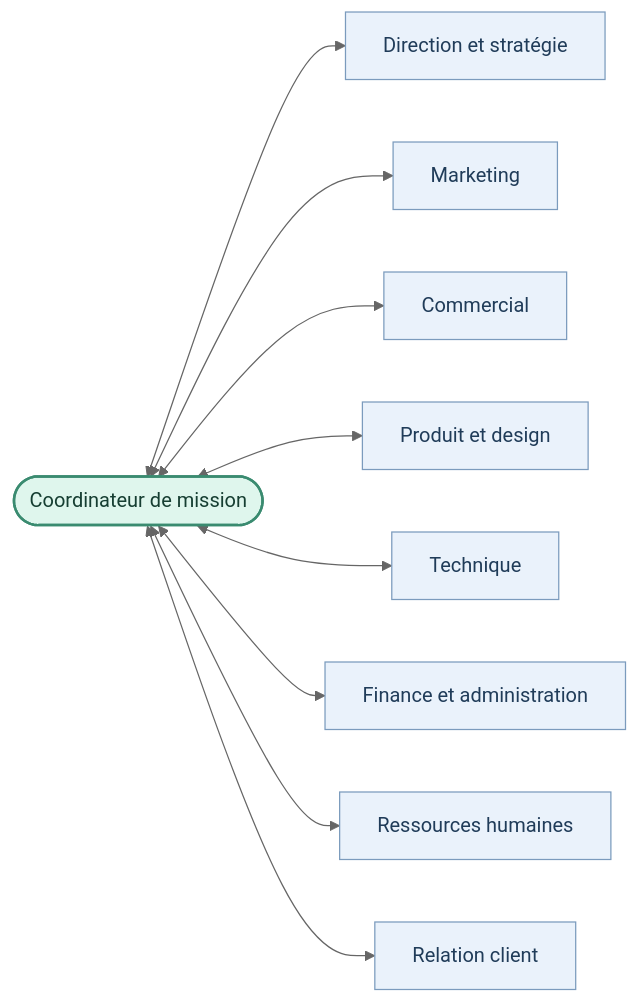
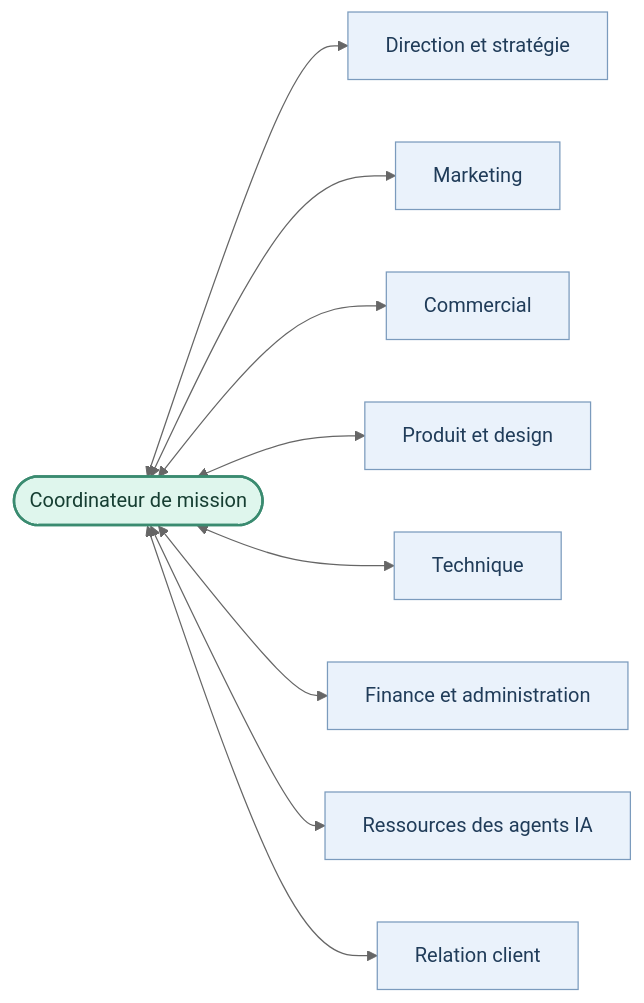
One commit to AjinthAT/orka-skill changed the second of 3 diagrams in README.fr.md. Above: the diagram before and after it, drawn with Mermaid (neutral theme). The commit also changed other lines of this file and 17 other files, not shown here.

````diff
--- a/README.fr.md
+++ b/README.fr.md
@@ -88,17 +88,17 @@
 ```mermaid
 flowchart LR
     Coordinator(["Coordinateur de mission"]):::lead
     Coordinator <--> Strategy["Direction et stratégie"]:::team
     Coordinator <--> Marketing["Marketing"]:::team
     Coordinator <--> Sales["Commercial"]:::team
     Coordinator <--> Product["Produit et design"]:::team
     Coordinator <--> Engineering["Technique"]:::team
     Coordinator <--> Finance["Finance et administration"]:::team
-    Coordinator <--> HR["Ressources humaines"]:::team
+    Coordinator <--> HR["Ressources des agents IA"]:::team
     Coordinator <--> Customers["Relation client"]:::team
 
     classDef lead fill:#dff6ed,stroke:#3a8b70,color:#163e32,stroke-width:2px;
     classDef team fill:#eaf2fb,stroke:#7b9bbd,color:#203c59;
     classDef review fill:#fff3dc,stroke:#c49a4a,color:#644b1d;
     classDef output fill:#eef0f6,stroke:#939bb2,color:#343d55;
 ```
````
